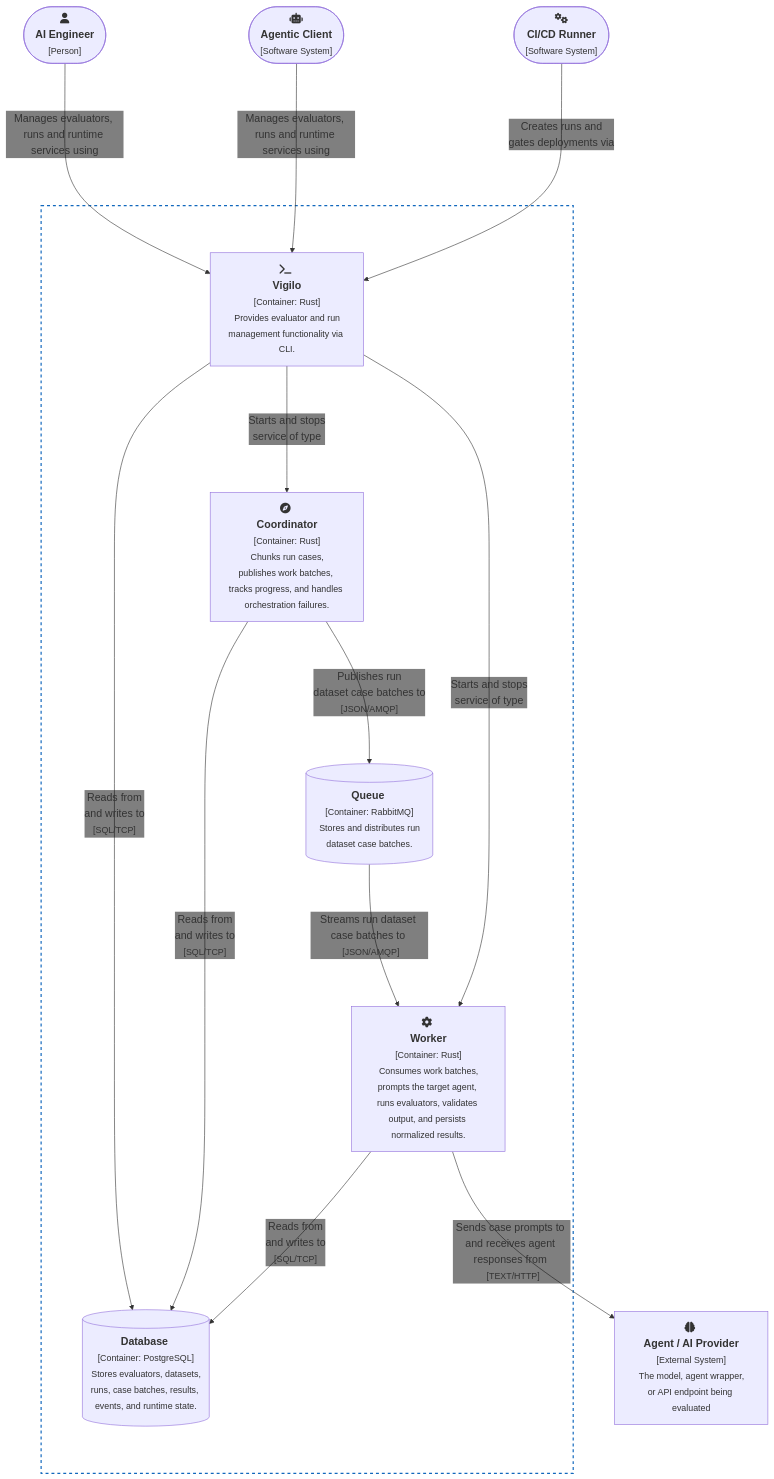
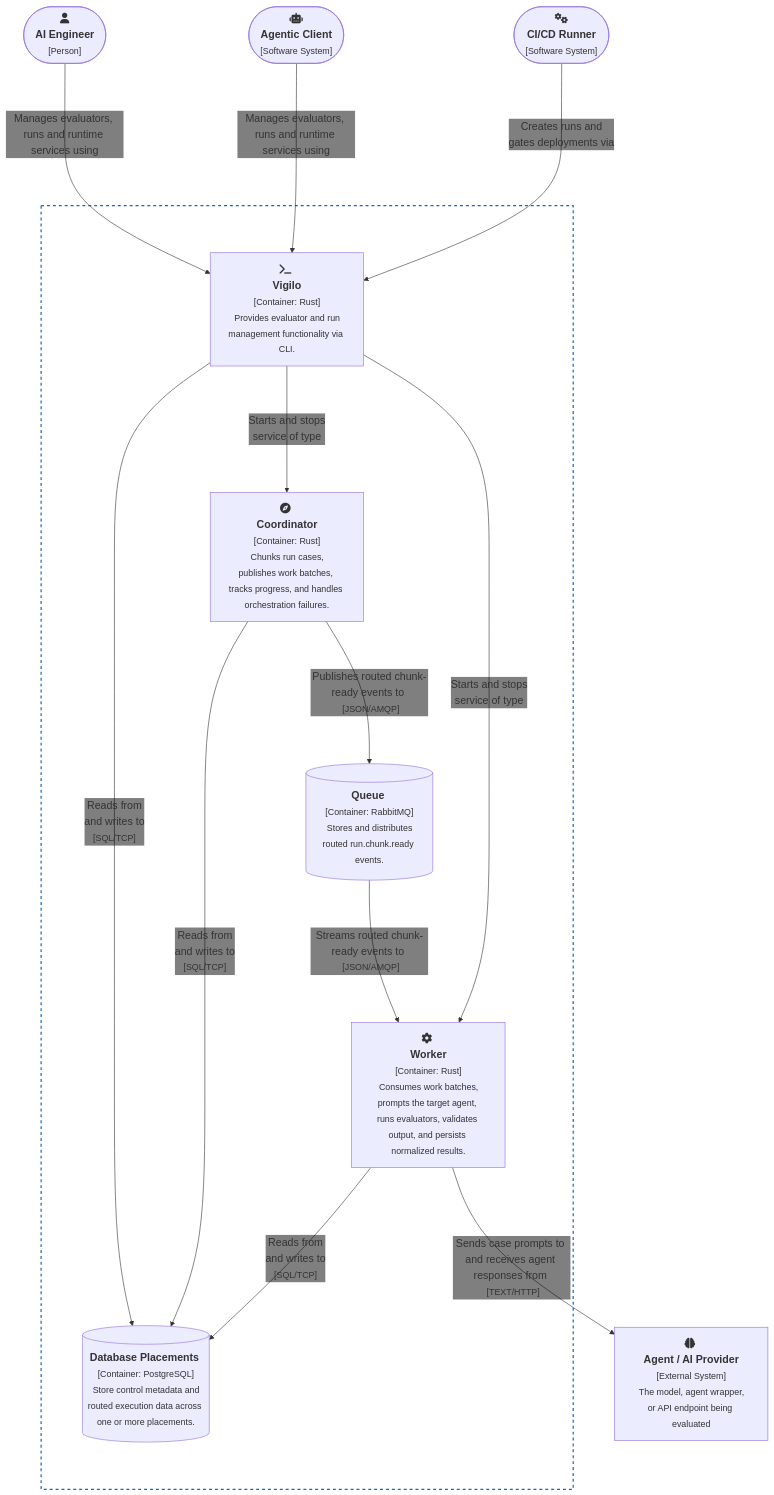
The diagram in web/docs/architecture/structure/containers/agent-vigilo/diagram.mmd (gregl83/agent-vigilo), drawn with Mermaid before and after one commit. The commit also changed 16 other files, not shown here.

```diff
--- a/web/docs/architecture/structure/containers/agent-vigilo/diagram.mmd
+++ b/web/docs/architecture/structure/containers/agent-vigilo/diagram.mmd
@@ -1,53 +1,53 @@
 ---
 config:
   flowchart:
     nodeSpacing: 120
     rankSpacing: 160
   themeVariables:
     fontSize: 18px
     padding: 50
     edgeLabelBackground: 'transparent'
 ---
 flowchart TD
     %% actors
     User(["fa:fa-user <br/> <b>AI Engineer</b> <br/> <small>[Person]</small>"]):::person
     AgentClient(["fa:fa-robot <br/> <b>Agentic Client</b> <br/> <small>[Software System]</small>"]):::actor
     CICD(["fa:fa-gears <br/> <b>CI/CD Runner</b> <br/> <small>[Software System]</small>"]):::actor
 
 
     %% components
     Vigilo["fa:fa-terminal <br/> <b>Vigilo</b> <br/> <small>[Container: Rust]</small> <br/> <small>Provides evaluator and run management functionality via CLI.</small>"]:::component
     Coordinator["fa:fa-compass <br/> <b>Coordinator</b> <br/> <small>[Container: Rust]</small> <br/> <small>Chunks run cases, publishes work batches, tracks progress, and handles orchestration failures.</small>"]:::component
     Worker["fa:fa-gear <br/> <b>Worker</b> <br/> <small>[Container: Rust]</small> <br/> <small>Consumes work batches, prompts the target agent, runs evaluators, validates output, and persists normalized results.</small>"]:::component
-    Database[("<b>Database</b> <br/> <small>[Container: PostgreSQL]</small> <br/> <small>Stores evaluators, datasets, runs, case batches, results, events, and runtime state.</small>")]:::component
-    Queue[("<b>Queue</b> <br/> <small>[Container: RabbitMQ]</small> <br/> <small>Stores and distributes run dataset case batches.</small>")]:::component
+    Database[("<b>Database Placements</b> <br/> <small>[Container: PostgreSQL]</small> <br/> <small>Store control metadata and routed execution data across one or more placements.</small>")]:::component
+    Queue[("<b>Queue</b> <br/> <small>[Container: RabbitMQ]</small> <br/> <small>Stores and distributes routed run.chunk.ready events.</small>")]:::component
 
     %% system boundary
     subgraph VigiloSystem["&nbsp;"]
         Vigilo
         Coordinator
         Worker
         Database
         Queue
     end
     style VigiloSystem stroke-dasharray: 5 5,fill:none,stroke:#1168bd,stroke-width:2px
 
     %% external target
     TargetAgent["fa:fa-brain <br/> <b>Agent / AI Provider</b> <br/> <small>[External System]</small> <br/> <small>The model, agent wrapper, or API endpoint being evaluated</small>"]:::external
 
     %% edges
     User & AgentClient -->|"Manages evaluators, runs and runtime services using"| Vigilo
     CICD -->|Creates runs and <br/> gates deployments via| Vigilo
     Vigilo -->|"Reads from <br/> and writes to <br> <small>[SQL/TCP]</small>"| Database
     Vigilo -->|"Starts and stops <br/> service of type"| Coordinator
     Vigilo -->|"Starts and stops <br/> service of type"| Worker
     Coordinator -->|"Reads from <br/> and writes to <br> <small>[SQL/TCP]</small>"| Database
-    Coordinator -->|"Publishes run <br/> dataset case batches to <br> <small>[JSON/AMQP]</small>"| Queue
-    Queue -->|"Streams run dataset case batches to <br> <small>[JSON/AMQP]</small>"| Worker
+    Coordinator -->|"Publishes routed chunk-ready events to <br> <small>[JSON/AMQP]</small>"| Queue
+    Queue -->|"Streams routed chunk-ready events to <br> <small>[JSON/AMQP]</small>"| Worker
     Worker -->|"Reads from <br/> and writes to <br> <small>[SQL/TCP]</small>"| Database
     Worker -->|"Sends case prompts to and receives agent responses from <br> <small>[TEXT/HTTP]</small>"| TargetAgent
 
     %% links
     click Vigilo "/docs/architecture/structure/components/vigilo/"
     click Coordinator "/docs/architecture/structure/components/coordinator/"
     click Worker "/docs/architecture/structure/components/worker/"
```
